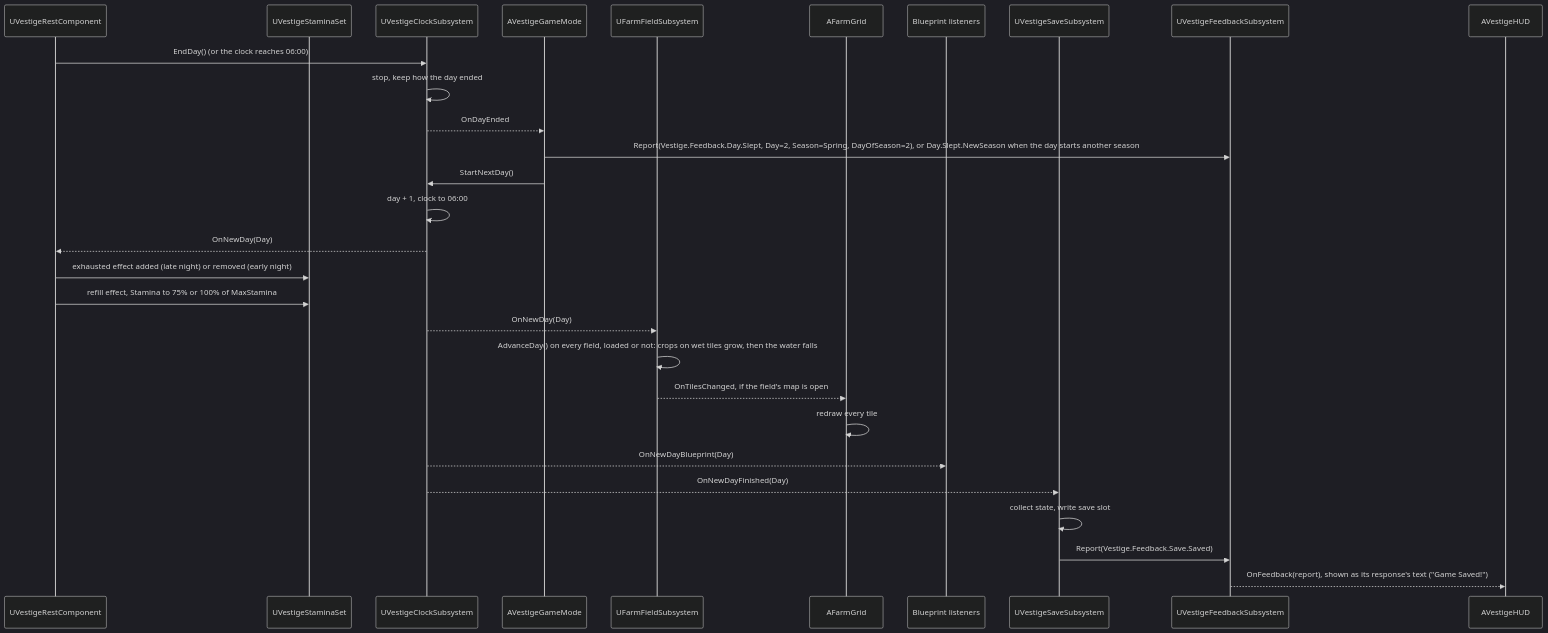
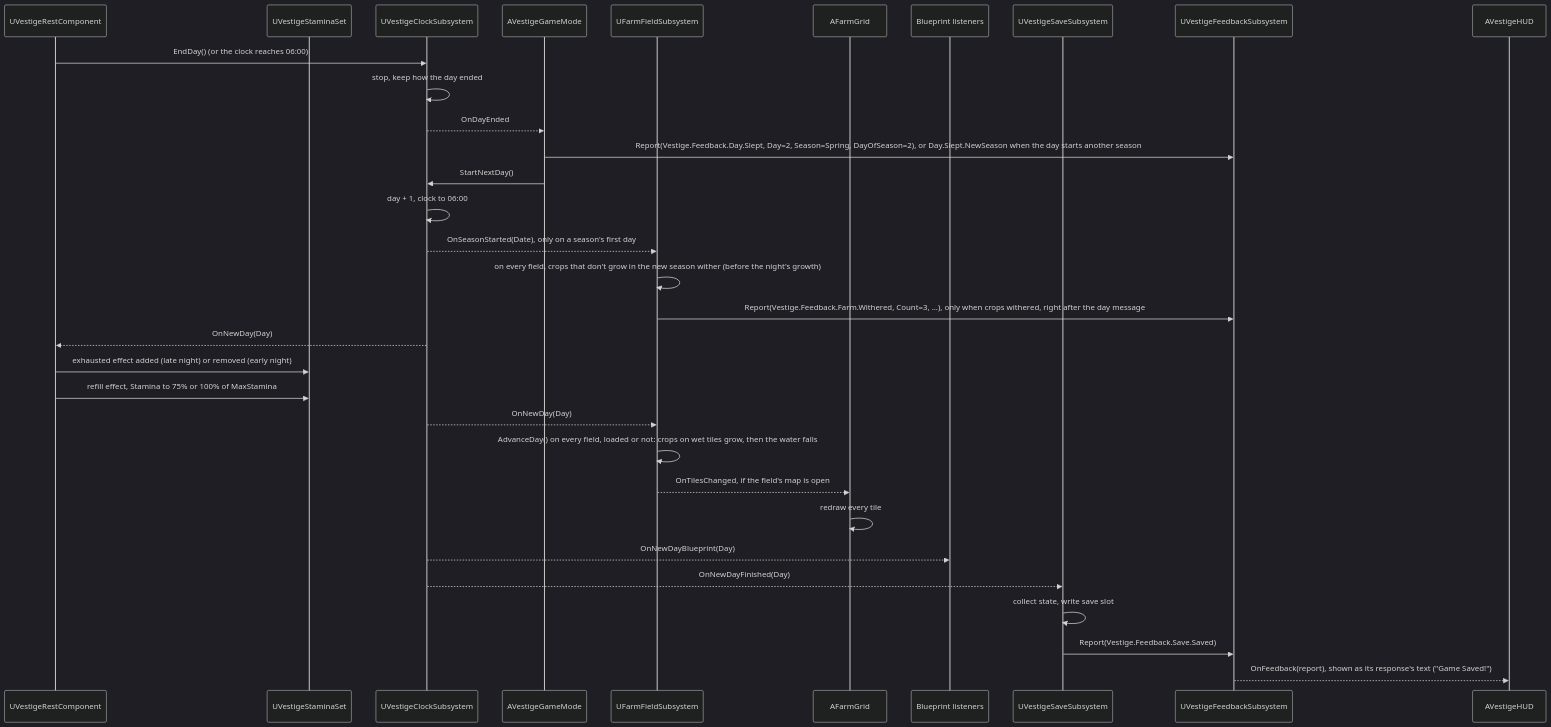
The second of 2 diagrams in Docs/Architecture.md (DunderGG/ProjectVestige), drawn with Mermaid (dark theme) before and after one commit. The commit also changed other lines of this file and 38 other files, not shown here.

First line of the commit message:
Wither out-of-season crops when the season changes

````diff
--- a/Docs/Architecture.md
+++ b/Docs/Architecture.md
@@ -517,31 +518,34 @@
 ```mermaid
 sequenceDiagram
     participant Rest as UVestigeRestComponent
     participant Stamina as UVestigeStaminaSet
     participant Clock as UVestigeClockSubsystem
     participant GameMode as AVestigeGameMode
     participant Fields as UFarmFieldSubsystem
     participant Grid as AFarmGrid
     participant Blueprints as Blueprint listeners
     participant Save as UVestigeSaveSubsystem
     participant Feedback as UVestigeFeedbackSubsystem
     participant HUD as AVestigeHUD
     Rest->>Clock: EndDay() (or the clock reaches 06:00)
     Clock->>Clock: stop, keep how the day ended
     Clock-->>GameMode: OnDayEnded
     GameMode->>Feedback: Report(Vestige.Feedback.Day.Slept, Day=2, Season=Spring, DayOfSeason=2), or Day.Slept.NewSeason when the day starts another season
     GameMode->>Clock: StartNextDay()
     Clock->>Clock: day + 1, clock to 06:00
+    Clock-->>Fields: OnSeasonStarted(Date), only on a season's first day
+    Fields->>Fields: on every field, crops that don't grow in the new season wither (before the night's growth)
+    Fields->>Feedback: Report(Vestige.Feedback.Farm.Withered, Count=3, ...), only when crops withered, right after the day message
     Clock-->>Rest: OnNewDay(Day)
     Rest->>Stamina: exhausted effect added (late night) or removed (early night)
     Rest->>Stamina: refill effect, Stamina to 75% or 100% of MaxStamina
     Clock-->>Fields: OnNewDay(Day)
     Fields->>Fields: AdvanceDay() on every field, loaded or not: crops on wet tiles grow, then the water falls
     Fields-->>Grid: OnTilesChanged, if the field's map is open
     Grid->>Grid: redraw every tile
     Clock-->>Blueprints: OnNewDayBlueprint(Day)
     Clock-->>Save: OnNewDayFinished(Day)
     Save->>Save: collect state, write save slot
     Save->>Feedback: Report(Vestige.Feedback.Save.Saved)
     Feedback-->>HUD: OnFeedback(report), shown as its response's text ("Game Saved!")
 ```
````
